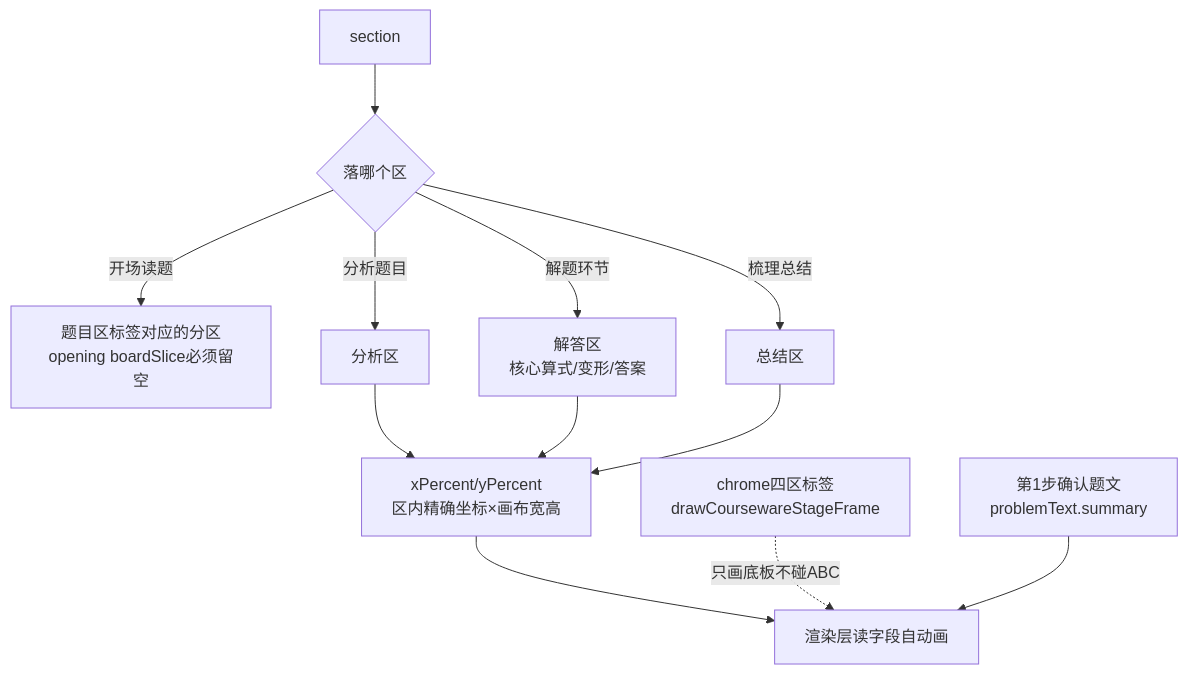
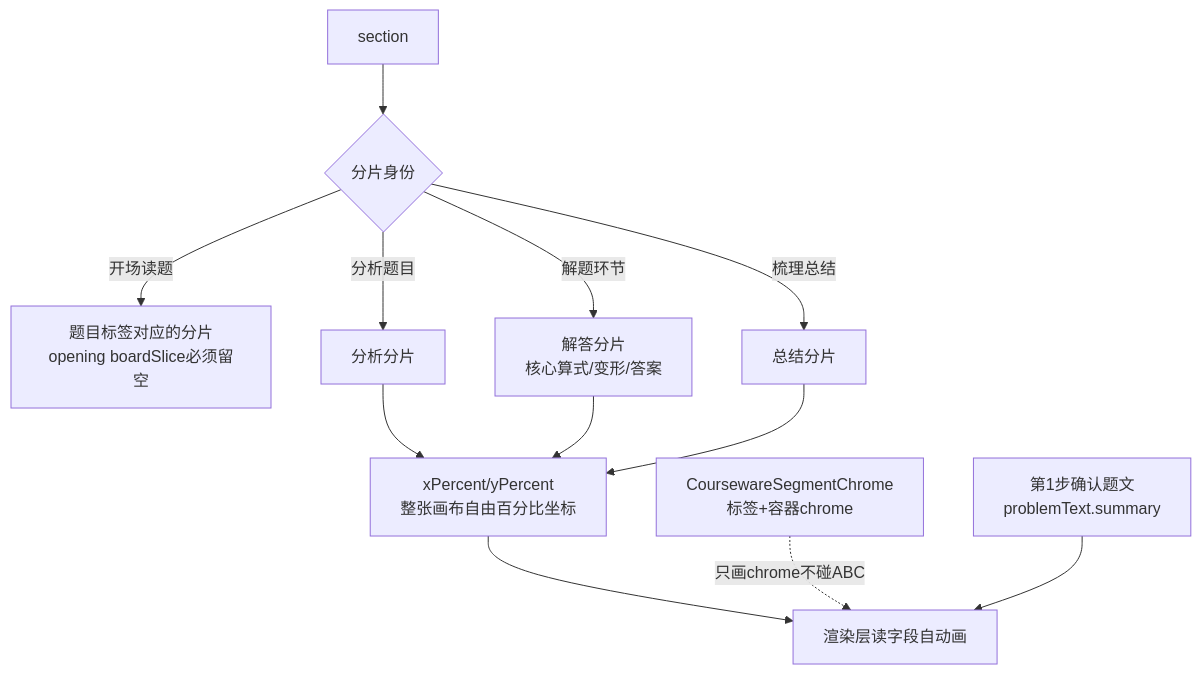
One commit to 4xiaxia/video-d changed the fourth of 4 diagrams in 认知图-核心逻辑动态图.md. Above: the diagram before and after it, drawn with Mermaid. The commit also changed other lines of this file and 32 other files, not shown here.

````diff
--- a/认知图-核心逻辑动态图.md
+++ b/认知图-核心逻辑动态图.md
@@ -296,12 +300,12 @@
 ```mermaid
 flowchart TD
-    SEC[section] --> Z{落哪个区}
-    Z -->|开场读题| ZO[题目区标签对应的分区<br/>opening boardSlice必须留空]
-    Z -->|分析题目| ZA[分析区]
-    Z -->|解题环节| ZS[解答区<br/>核心算式/变形/答案]
-    Z -->|梳理总结| ZU[总结区]
-    ZA & ZS & ZU --> XY[xPercent/yPercent<br/>区内精确坐标×画布宽高]
+    SEC[section] --> Z{分片身份}
+    Z -->|开场读题| ZO[题目标签对应的分片<br/>opening boardSlice必须留空]
+    Z -->|分析题目| ZA[分析分片]
+    Z -->|解题环节| ZS[解答分片<br/>核心算式/变形/答案]
+    Z -->|梳理总结| ZU[总结分片]
+    ZA & ZS & ZU --> XY[xPercent/yPercent<br/>整张画布自由百分比坐标]
     XY --> R[渲染层读字段自动画]
-    CH[chrome四区标签<br/>drawCoursewareStageFrame] -.只画底板不碰ABC.-> R
+    CH[CoursewareSegmentChrome<br/>标签+容器chrome] -.只画chrome不碰ABC.-> R
     PT[第1步确认题文<br/>problemText.summary] --> R
 ```
````
